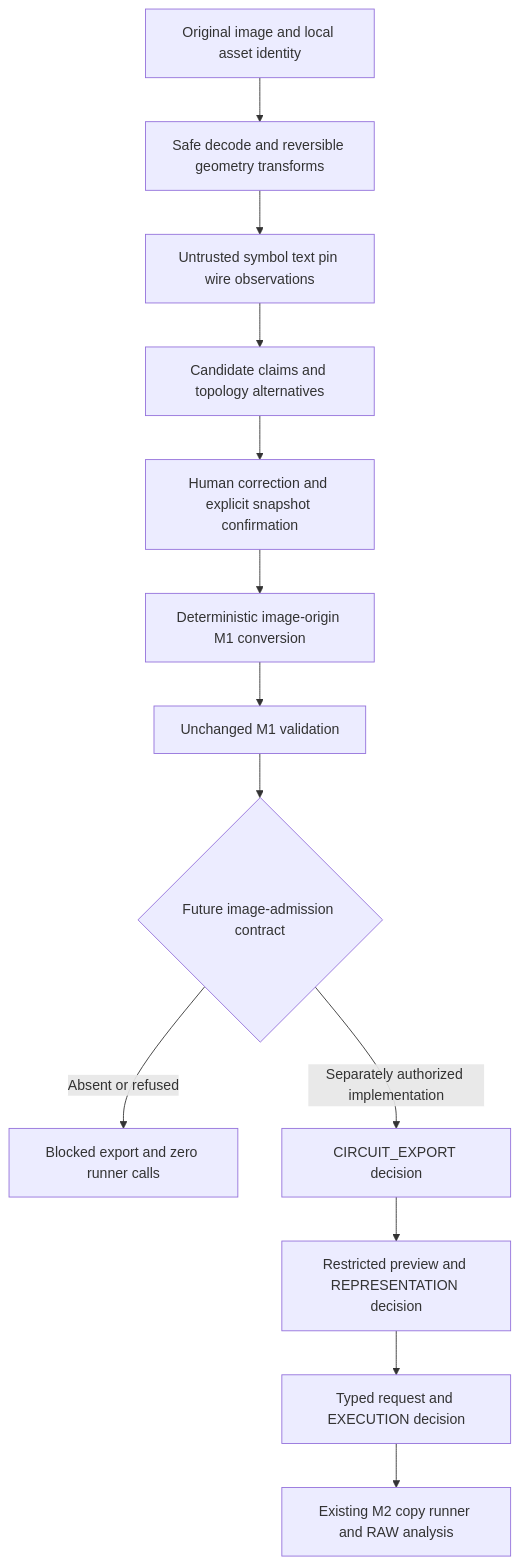
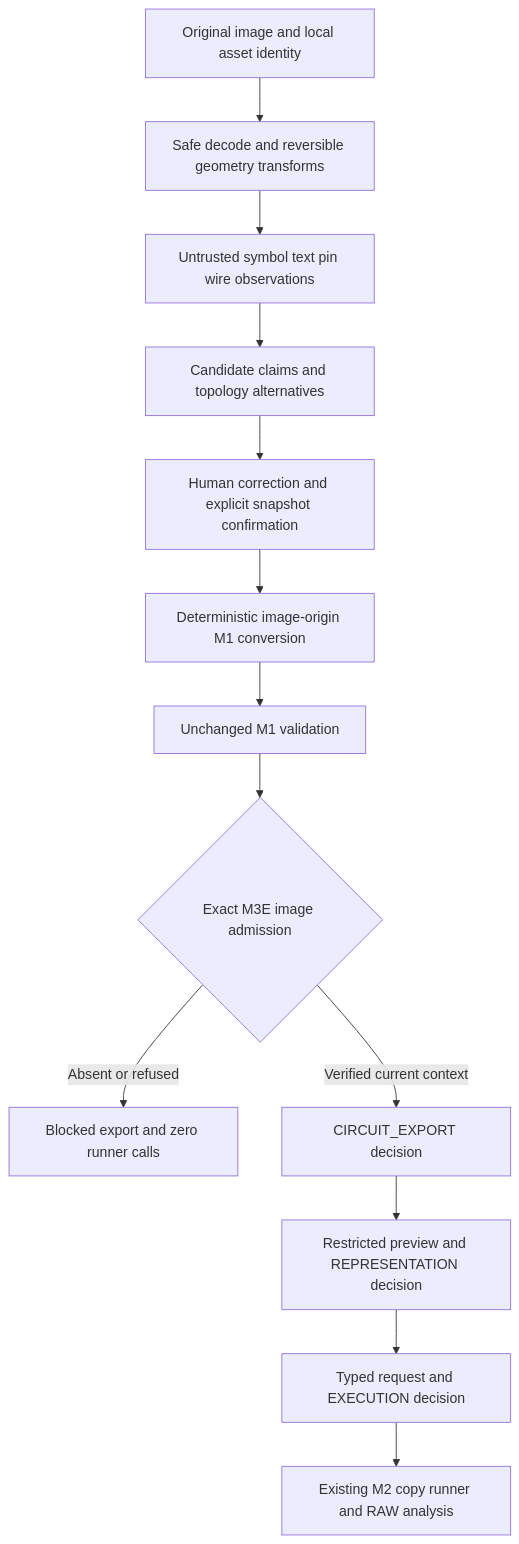
One commit to minsu727/circuit-simulation-assistant changed the diagram in docs/v0.2/m3/architecture.md. Above: the diagram before and after it, drawn with Mermaid. The commit also changed other lines of this file and 23 other files, not shown here.

Commit message:
Add M3 review promotion and image admission

````diff
--- a/docs/v0.2/m3/architecture.md
+++ b/docs/v0.2/m3/architecture.md
@@ -10,15 +10,15 @@
 ```mermaid
 flowchart TD
     A[Original image and local asset identity] --> B[Safe decode and reversible geometry transforms]
     B --> C[Untrusted symbol text pin wire observations]
     C --> D[Candidate claims and topology alternatives]
     D --> E[Human correction and explicit snapshot confirmation]
     E --> F[Deterministic image-origin M1 conversion]
     F --> G[Unchanged M1 validation]
-    G --> H{Future image-admission contract}
+    G --> H{Exact M3E image admission}
     H -->|Absent or refused| I[Blocked export and zero runner calls]
-    H -->|Separately authorized implementation| J[CIRCUIT_EXPORT decision]
+    H -->|Verified current context| J[CIRCUIT_EXPORT decision]
     J --> K[Restricted preview and REPRESENTATION decision]
     K --> L[Typed request and EXECUTION decision]
     L --> M[Existing M2 copy runner and RAW analysis]
 ```
````
